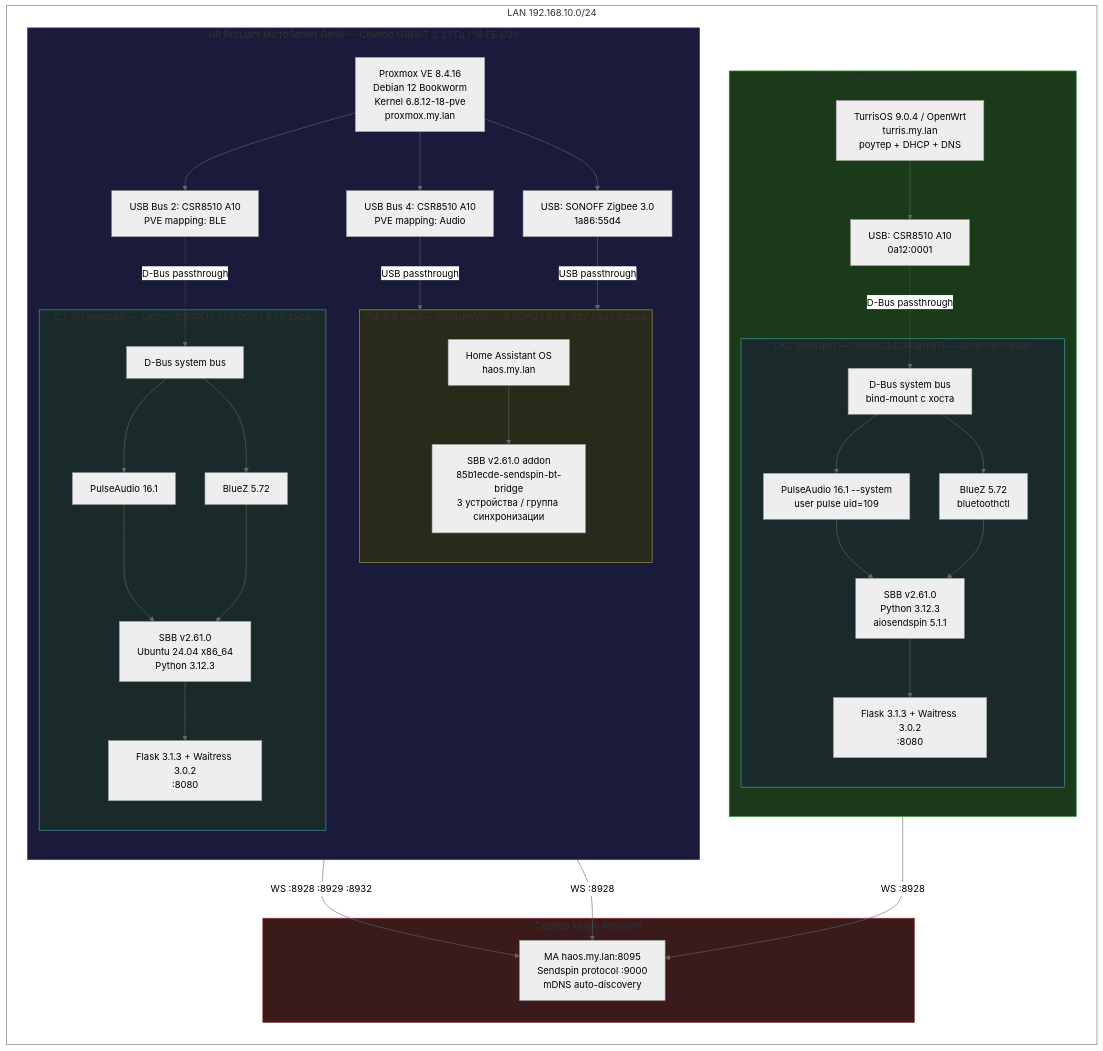
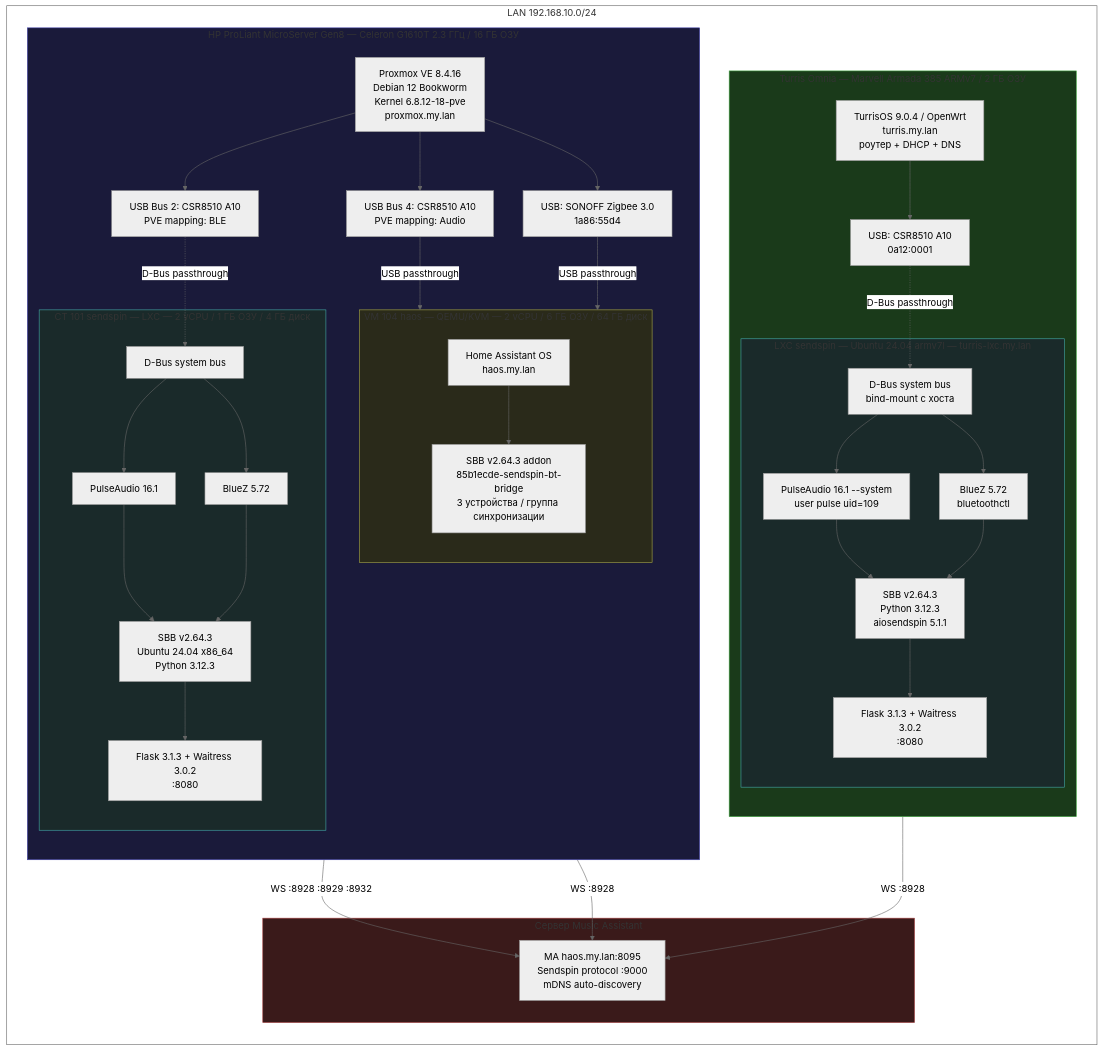
One commit to trudenboy/sendspin-bt-bridge changed the first of 3 diagrams in docs-site/src/content/docs/ru/test-stand.md. Above: the diagram before and after it, drawn with Mermaid (neutral theme). The commit also changed other lines of this file and 11 other files, not shown here.

````diff
--- a/docs-site/src/content/docs/ru/test-stand.md
+++ b/docs-site/src/content/docs/ru/test-stand.md
@@ -20,76 +20,76 @@
 ```mermaid
 graph TB
     subgraph net["LAN 192.168.10.0/24"]
         direction TB
 
         subgraph turris["Turris Omnia — Marvell Armada 385 ARMv7 / 2 ГБ ОЗУ"]
             direction TB
             T_HOST["TurrisOS 9.0.4 / OpenWrt<br/>turris.my.lan<br/>роутер + DHCP + DNS"]
             T_USB["USB: CSR8510 A10<br/>0a12:0001"]
             subgraph T_LXC["LXC sendspin — Ubuntu 24.04 armv7l — turris-lxc.my.lan"]
                 T_DBUS["D-Bus system bus<br/>bind-mount с хоста"]
                 T_PA["PulseAudio 16.1 --system<br/>user pulse uid=109"]
                 T_BLUEZ["BlueZ 5.72<br/>bluetoothctl"]
-                T_SBB["SBB v2.61.0<br/>Python 3.12.3<br/>aiosendspin 5.1.1"]
+                T_SBB["SBB v2.64.3<br/>Python 3.12.3<br/>aiosendspin 5.1.1"]
                 T_WEB["Flask 3.1.3 + Waitress 3.0.2<br/>:8080"]
                 T_DBUS --> T_BLUEZ
                 T_DBUS --> T_PA
                 T_PA --> T_SBB
                 T_BLUEZ --> T_SBB
                 T_SBB --> T_WEB
             end
             T_HOST --> T_USB
             T_USB -.->|D-Bus passthrough| T_DBUS
         end
 
         subgraph proxmox["HP ProLiant MicroServer Gen8 — Celeron G1610T 2.3 ГГц / 16 ГБ ОЗУ"]
             direction TB
             P_HOST["Proxmox VE 8.4.16<br/>Debian 12 Bookworm<br/>Kernel 6.8.12-18-pve<br/>proxmox.my.lan"]
             P_USB1["USB Bus 4: CSR8510 A10<br/>PVE mapping: Audio"]
             P_USB2["USB Bus 2: CSR8510 A10<br/>PVE mapping: BLE"]
             P_ZIG["USB: SONOFF Zigbee 3.0<br/>1a86:55d4"]
 
             subgraph P_VM["VM 104 haos — QEMU/KVM — 2 vCPU / 6 ГБ ОЗУ / 64 ГБ диск"]
                 P_HAOS["Home Assistant OS<br/>haos.my.lan"]
-                P_ADDON["SBB v2.61.0 addon<br/>85b1ecde-sendspin-bt-bridge<br/>3 устройства / группа синхронизации"]
+                P_ADDON["SBB v2.64.3 addon<br/>85b1ecde-sendspin-bt-bridge<br/>3 устройства / группа синхронизации"]
                 P_HAOS --> P_ADDON
             end
 
             subgraph P_CT["CT 101 sendspin — LXC — 2 vCPU / 1 ГБ ОЗУ / 4 ГБ диск"]
                 P_DBUS["D-Bus system bus"]
                 P_PA["PulseAudio 16.1"]
                 P_BLUEZ2["BlueZ 5.72"]
-                P_SBB["SBB v2.61.0<br/>Ubuntu 24.04 x86_64<br/>Python 3.12.3"]
+                P_SBB["SBB v2.64.3<br/>Ubuntu 24.04 x86_64<br/>Python 3.12.3"]
                 P_WEB2["Flask 3.1.3 + Waitress 3.0.2<br/>:8080"]
                 P_DBUS --> P_BLUEZ2
                 P_DBUS --> P_PA
                 P_PA --> P_SBB
                 P_BLUEZ2 --> P_SBB
                 P_SBB --> P_WEB2
             end
 
             P_HOST --> P_USB1
             P_HOST --> P_USB2
             P_HOST --> P_ZIG
             P_USB1 -->|USB passthrough| P_VM
             P_USB2 -.->|D-Bus passthrough| P_DBUS
             P_ZIG -->|USB passthrough| P_VM
         end
 
         subgraph ma_box["Сервер Music Assistant"]
             MA["MA haos.my.lan:8095<br/>Sendspin protocol :9000<br/>mDNS auto-discovery"]
         end
     end
 
     P_ADDON -->|"WS :8928 :8929 :8932"| MA
     P_SBB -->|"WS :8928"| MA
     T_SBB -->|"WS :8928"| MA
 
     style net fill:none,stroke:#666
     style turris fill:#1a3a1a,stroke:#4a4
     style proxmox fill:#1a1a3a,stroke:#44a
     style ma_box fill:#3a1a1a,stroke:#a44
     style P_VM fill:#2a2a1a,stroke:#aa4
     style P_CT fill:#1a2a2a,stroke:#4aa
     style T_LXC fill:#1a2a2a,stroke:#4aa
 ```
````
